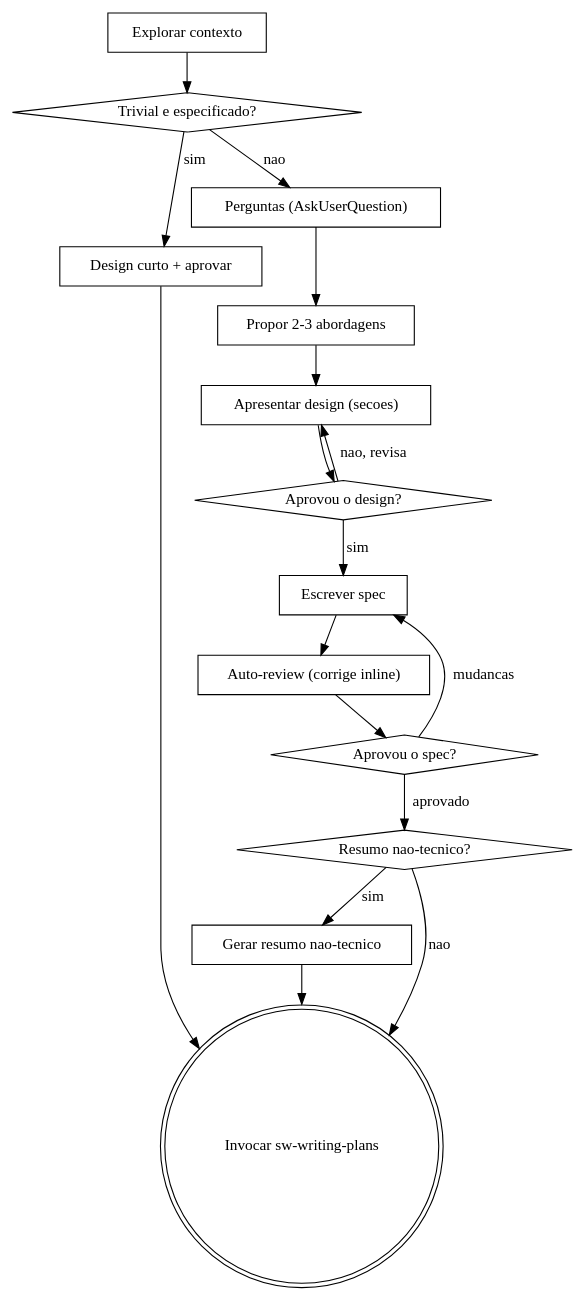
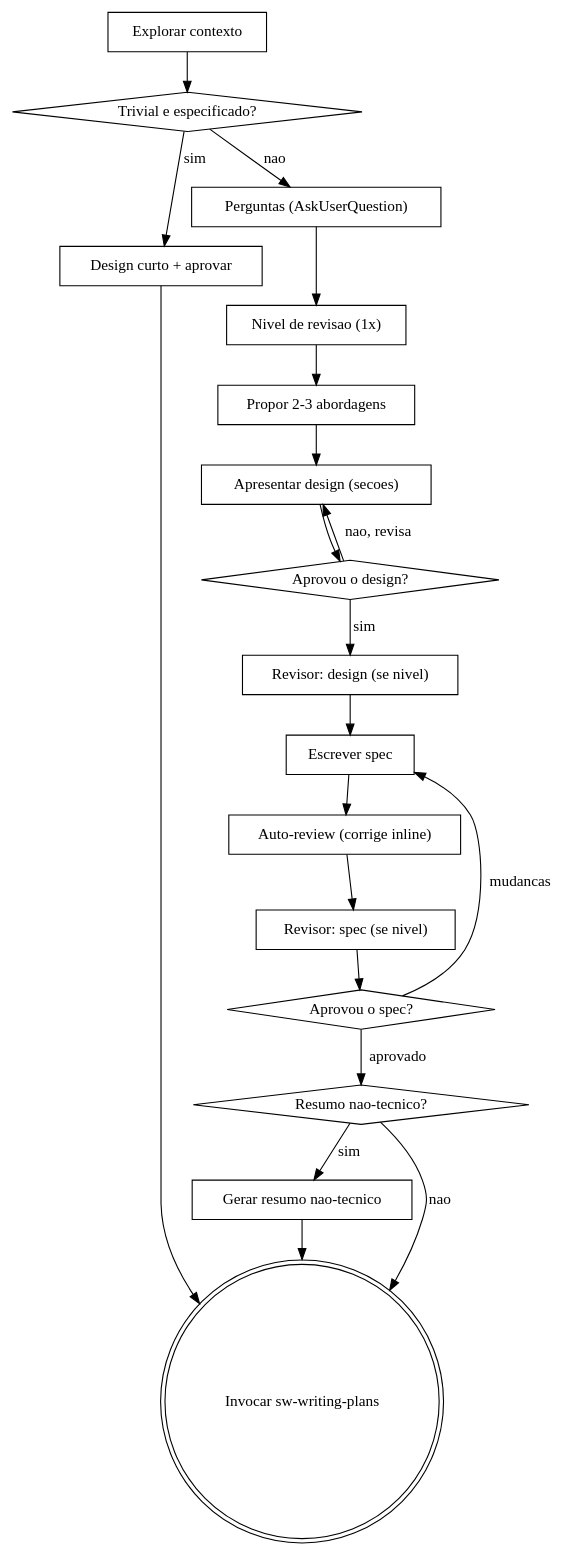
Before and after one commit to systemweb-dev/ai-marketplace: the diagram in plugins/sw-brainstorming/skills/sw-brainstorming/SKILL.md, drawn with Graphviz. The commit also changed other lines of this file and 3 other files, not shown here.

````diff
--- a/plugins/sw-brainstorming/skills/sw-brainstorming/SKILL.md
+++ b/plugins/sw-brainstorming/skills/sw-brainstorming/SKILL.md
@@ -68,34 +74,40 @@
 ```dot
 digraph brainstorming {
     "Explorar contexto" [shape=box];
     "Trivial e especificado?" [shape=diamond];
     "Design curto + aprovar" [shape=box];
     "Perguntas (AskUserQuestion)" [shape=box];
+    "Nivel de revisao (1x)" [shape=box];
+    "Revisor: design (se nivel)" [shape=box];
+    "Revisor: spec (se nivel)" [shape=box];
     "Propor 2-3 abordagens" [shape=box];
     "Apresentar design (secoes)" [shape=box];
     "Aprovou o design?" [shape=diamond];
     "Escrever spec" [shape=box];
     "Auto-review (corrige inline)" [shape=box];
     "Aprovou o spec?" [shape=diamond];
     "Resumo nao-tecnico?" [shape=diamond];
     "Gerar resumo nao-tecnico" [shape=box];
     "Invocar sw-writing-plans" [shape=doublecircle];
 
     "Explorar contexto" -> "Trivial e especificado?";
     "Trivial e especificado?" -> "Design curto + aprovar" [label="sim"];
     "Trivial e especificado?" -> "Perguntas (AskUserQuestion)" [label="nao"];
     "Design curto + aprovar" -> "Invocar sw-writing-plans";
-    "Perguntas (AskUserQuestion)" -> "Propor 2-3 abordagens";
+    "Perguntas (AskUserQuestion)" -> "Nivel de revisao (1x)";
+    "Nivel de revisao (1x)" -> "Propor 2-3 abordagens";
     "Propor 2-3 abordagens" -> "Apresentar design (secoes)";
     "Apresentar design (secoes)" -> "Aprovou o design?";
     "Aprovou o design?" -> "Apresentar design (secoes)" [label="nao, revisa"];
-    "Aprovou o design?" -> "Escrever spec" [label="sim"];
+    "Aprovou o design?" -> "Revisor: design (se nivel)" [label="sim"];
+    "Revisor: design (se nivel)" -> "Escrever spec";
     "Escrever spec" -> "Auto-review (corrige inline)";
-    "Auto-review (corrige inline)" -> "Aprovou o spec?";
+    "Auto-review (corrige inline)" -> "Revisor: spec (se nivel)";
+    "Revisor: spec (se nivel)" -> "Aprovou o spec?";
     "Aprovou o spec?" -> "Escrever spec" [label="mudancas"];
     "Aprovou o spec?" -> "Resumo nao-tecnico?" [label="aprovado"];
     "Resumo nao-tecnico?" -> "Gerar resumo nao-tecnico" [label="sim"];
     "Resumo nao-tecnico?" -> "Invocar sw-writing-plans" [label="nao"];
     "Gerar resumo nao-tecnico" -> "Invocar sw-writing-plans";
 }
 ```
````
